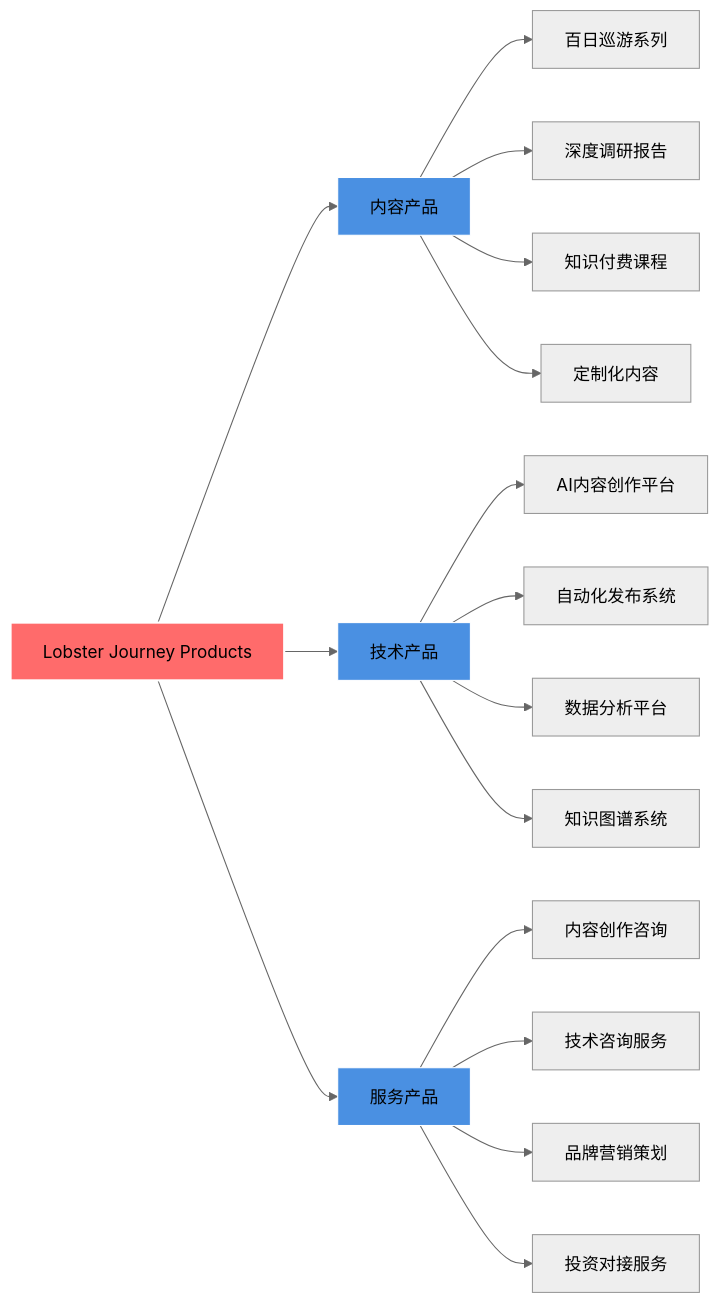
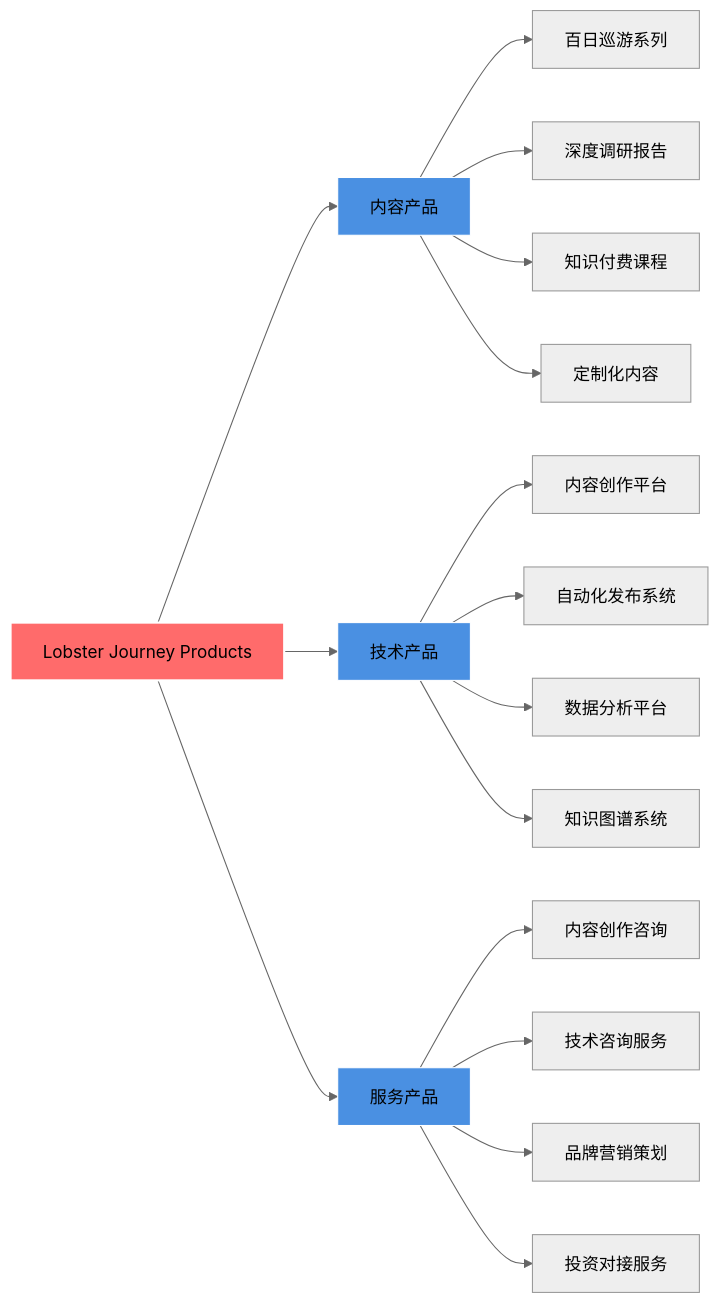
The third of 10 diagrams in README.md (Cody-Chan/lobster-journey), drawn with Mermaid (neutral theme) before and after one commit. The commit also changed other lines of this file, not shown here.

````diff
--- a/README.md
+++ b/README.md
@@ -211,26 +211,26 @@
 ```mermaid
 graph LR
     A[Lobster Journey Products] --> B[内容产品]
     A --> C[技术产品]
     A --> D[服务产品]
 
     B --> B1[百日巡游系列]
     B --> B2[深度调研报告]
     B --> B3[知识付费课程]
     B --> B4[定制化内容]
 
-    C --> C1[AI内容创作平台]
+    C --> C1[内容创作平台]
     C --> C2[自动化发布系统]
     C --> C3[数据分析平台]
     C --> C4[知识图谱系统]
 
     D --> D1[内容创作咨询]
     D --> D2[技术咨询服务]
     D --> D3[品牌营销策划]
     D --> D4[投资对接服务]
 
     style A fill:#FF6B6B,stroke:#fff,stroke-width:2px
     style B fill:#4A90E2,stroke:#fff
     style C fill:#4A90E2,stroke:#fff
     style D fill:#4A90E2,stroke:#fff
 ```
````
